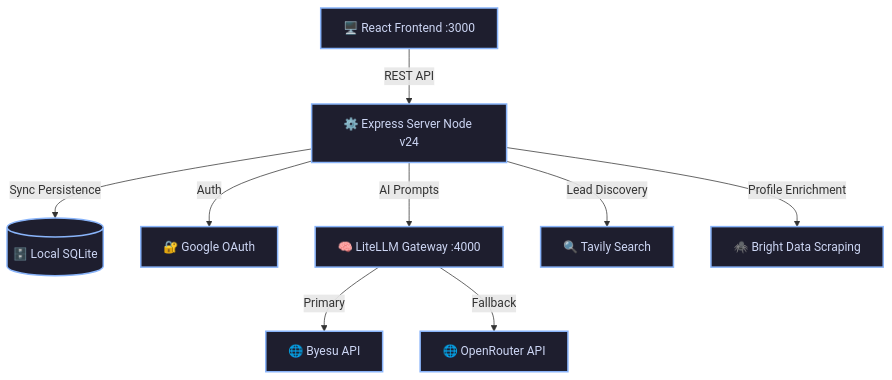
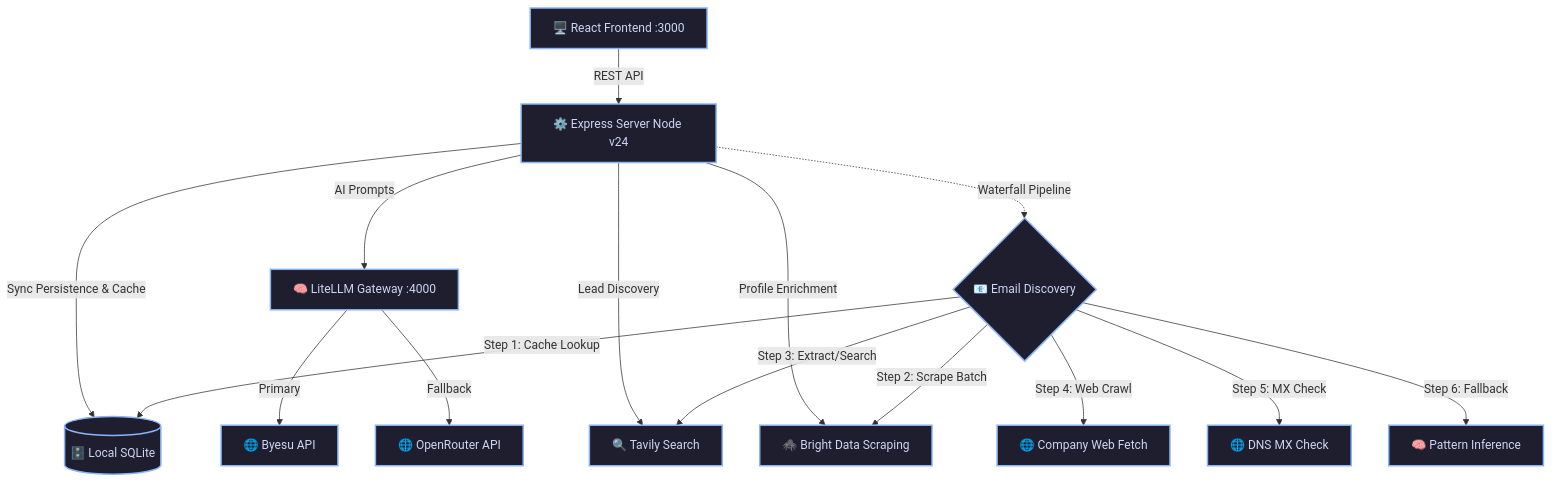
The diagram in README.md (AliasHolmes/Apex-CRM), drawn with Mermaid before and after one commit. The commit also changed other lines of this file, not shown here.

Commit message:
docs: sync README.md with codebase updates (infography, email discovery, OAuth cleanup)

````diff
--- a/README.md
+++ b/README.md
@@ -27,18 +27,26 @@
 ```mermaid
 graph TD
     Client[🖥️ React Frontend :3000] -->|REST API| Server[⚙️ Express Server Node v24]
-    Server -->|Sync Persistence| DB[(🗄️ Local SQLite)]
-    Server -->|Auth| OAuth[🔐 Google OAuth]
+    Server -->|Sync Persistence & Cache| DB[(🗄️ Local SQLite)]
     
     %% LLM Pathway
     Server -->|AI Prompts| LLM[🧠 LiteLLM Gateway :4000]
     LLM -->|Primary| Byesu[🌐 Byesu API]
     LLM -->|Fallback| OpenRouter[🌐 OpenRouter API]
 
     %% Search & Enrichment
     Server -->|Lead Discovery| Tavily[🔍 Tavily Search]
     Server -->|Profile Enrichment| BrightData[🕷️ Bright Data Scraping]
 
+    %% Email Discovery Pipeline
+    Server -.->|Waterfall Pipeline| EmailDiscovery{📧 Email Discovery}
+    EmailDiscovery -->|Step 1: Cache Lookup| DB
+    EmailDiscovery -->|Step 2: Scrape Batch| BrightData
+    EmailDiscovery -->|Step 3: Extract/Search| Tavily
+    EmailDiscovery -->|Step 4: Web Crawl| Crawl[🌐 Company Web Fetch]
+    EmailDiscovery -->|Step 5: MX Check| DNS[🌐 DNS MX Check]
+    EmailDiscovery -->|Step 6: Fallback| Pattern[🧠 Pattern Inference]
+
     classDef tech fill:#1e1e2e,stroke:#89b4fa,stroke-width:2px,color:#cdd6f4;
-    class Client,Server,DB,OAuth,LLM,Byesu,OpenRouter,Tavily,BrightData tech;
+    class Client,Server,DB,LLM,Byesu,OpenRouter,Tavily,BrightData,EmailDiscovery,Crawl,DNS,Pattern tech;
 ```
````
